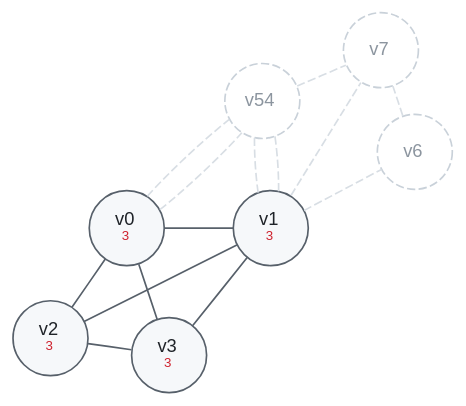
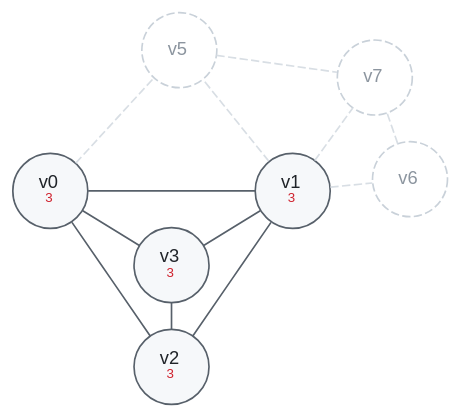
The diagram in Sable/compiler/doc/figures/wt-freeze.dot (aita/CompLab), drawn with Graphviz before and after one commit. The commit also changed 7 other files, not shown here.

First line of the commit message:
Lay the walkthrough graphs out by hand, and stop drawing over v4

```diff
--- a/Sable/compiler/doc/figures/wt-freeze.dot
+++ b/Sable/compiler/doc/figures/wt-freeze.dot
@@ -1,38 +1,37 @@
 // One state of the worked example in doc/regalloc.md, section 4.  K is 3.
 // The graph, the degrees and the order of the steps all come from
 // tests/walkthrough.exe; nothing here was worked out by hand.
 //
-// The wt-*.dot files share the style block below; keep them in step.
+// The wt-*.dot files share the style block and the pinned positions
+// below; keep them in step, or a node will jump between panels.
 // Render with ./render.sh (needs graphviz).
 graph wt {
   layout = neato;
   overlap = false;
   splines = true;
   bgcolor = "transparent";
   sep = "+8";
   node [shape = circle, style = filled, fillcolor = "#f6f8fa",
         color = "#57606a", fontcolor = "#1f2328",
         fontname = "Helvetica", fontsize = 11, width = 0.62, fixedsize = true];
   edge [color = "#57606a", dir = none, fontname = "Helvetica", fontsize = 9];
-  v0 [label = <v0<BR/><FONT POINT-SIZE="8" COLOR="#cf222e">3</FONT>>, fillcolor = "#f6f8fa", color = "#57606a" pos = "0,1.5!"];
-  v1 [label = <v1<BR/><FONT POINT-SIZE="8" COLOR="#cf222e">3</FONT>>, fillcolor = "#f6f8fa", color = "#57606a" pos = "1.7,1.5!"];
-  v2 [label = <v2<BR/><FONT POINT-SIZE="8" COLOR="#cf222e">3</FONT>>, fillcolor = "#f6f8fa", color = "#57606a" pos = "-0.9,0.2!"];
-  v3 [label = <v3<BR/><FONT POINT-SIZE="8" COLOR="#cf222e">3</FONT>>, fillcolor = "#f6f8fa", color = "#57606a" pos = "0.5,0!"];
-  v5 [label = <<FONT COLOR="#8c959f">v54</FONT>>, style = "filled,dashed", fillcolor = "#ffffff", color = "#c9d1d9" pos = "1.6,3!"];
-  v6 [label = <<FONT COLOR="#8c959f">v6</FONT>>, style = "filled,dashed", fillcolor = "#ffffff", color = "#c9d1d9" pos = "3.4,2.4!"];
-  v7 [label = <<FONT COLOR="#8c959f">v7</FONT>>, style = "filled,dashed", fillcolor = "#ffffff", color = "#c9d1d9" pos = "3,3.6!"];
+  v0 [label = <v0<BR/><FONT POINT-SIZE="8" COLOR="#cf222e">3</FONT>>, fillcolor = "#f6f8fa", color = "#57606a" pos = "-1.55,0.1!"];
+  v1 [label = <v1<BR/><FONT POINT-SIZE="8" COLOR="#cf222e">3</FONT>>, fillcolor = "#f6f8fa", color = "#57606a" pos = "1.55,0.1!"];
+  v2 [label = <v2<BR/><FONT POINT-SIZE="8" COLOR="#cf222e">3</FONT>>, fillcolor = "#f6f8fa", color = "#57606a" pos = "0,-2.15!"];
+  v3 [label = <v3<BR/><FONT POINT-SIZE="8" COLOR="#cf222e">3</FONT>>, fillcolor = "#f6f8fa", color = "#57606a" pos = "0,-0.85!"];
+  v5 [label = <<FONT COLOR="#8c959f">v5</FONT>>, style = "filled,dashed", fillcolor = "#ffffff", color = "#c9d1d9" pos = "0.1,1.9!"];
+  v6 [label = <<FONT COLOR="#8c959f">v6</FONT>>, style = "filled,dashed", fillcolor = "#ffffff", color = "#c9d1d9" pos = "3.05,0.25!"];
+  v7 [label = <<FONT COLOR="#8c959f">v7</FONT>>, style = "filled,dashed", fillcolor = "#ffffff", color = "#c9d1d9" pos = "2.6,1.55!"];
   v0 -- v1 [color = "#57606a"];
   v0 -- v2 [color = "#57606a"];
   v0 -- v3 [color = "#57606a"];
   v0 -- v5 [color = "#d8dee4", style = dashed];
-  v0 -- v5 [color = "#d8dee4", style = dashed];
   v1 -- v2 [color = "#57606a"];
   v1 -- v3 [color = "#57606a"];
-  v1 -- v5 [color = "#d8dee4", style = dashed];
   v1 -- v5 [color = "#d8dee4", style = dashed];
   v1 -- v6 [color = "#d8dee4", style = dashed];
   v1 -- v7 [color = "#d8dee4", style = dashed];
   v2 -- v3 [color = "#57606a"];
   v5 -- v7 [color = "#d8dee4", style = dashed];
   v6 -- v7 [color = "#d8dee4", style = dashed];
 }
```
